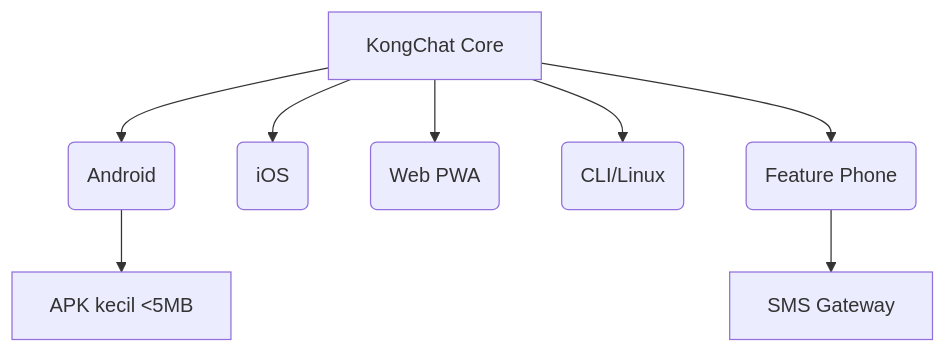
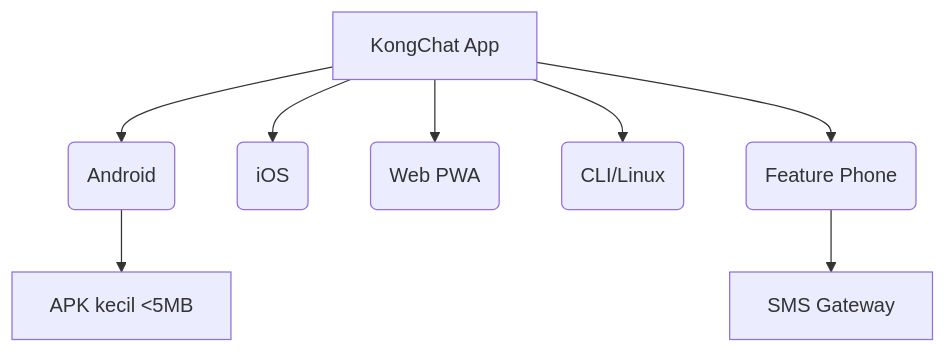
The first of 20 diagrams in README.md (kongali1720/kongchat-app), drawn with Mermaid before and after one commit.

````diff
--- a/README.md
+++ b/README.md
@@ -370,10 +370,10 @@
 ```mermaid
 graph TD
-    A[KongChat Core] --> B(Android)
+    A[KongChat App] --> B(Android)
     A --> C(iOS)
     A --> D(Web PWA)
     A --> E(CLI/Linux)
     A --> F(Feature Phone)
     B --> G[APK kecil <5MB]
     F --> H[SMS Gateway]
 ```
````
